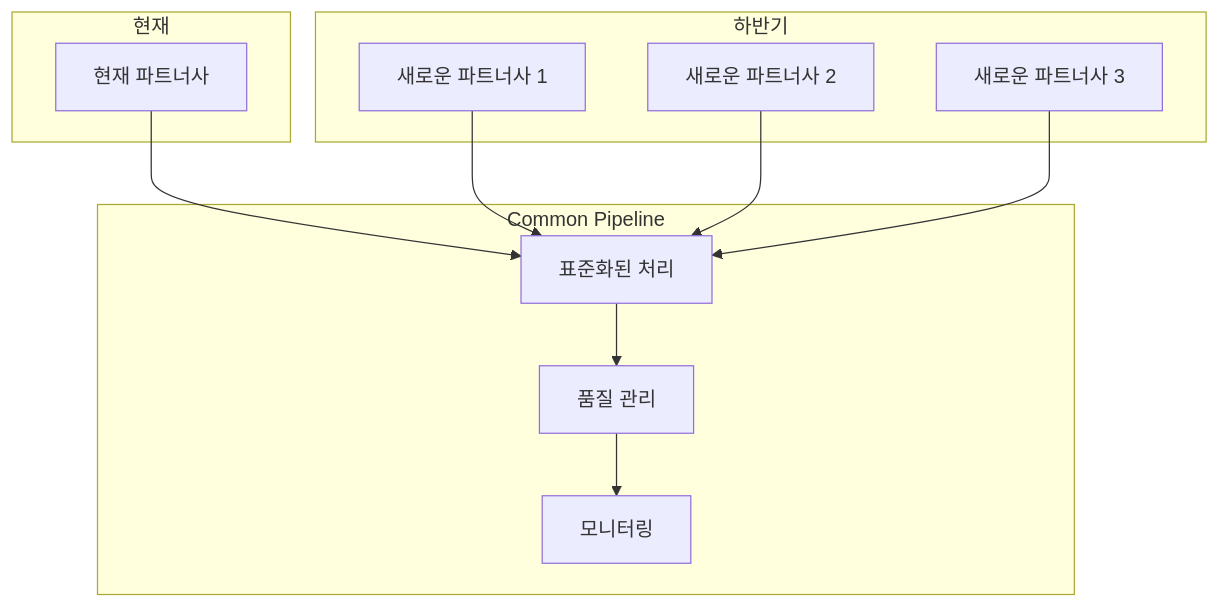
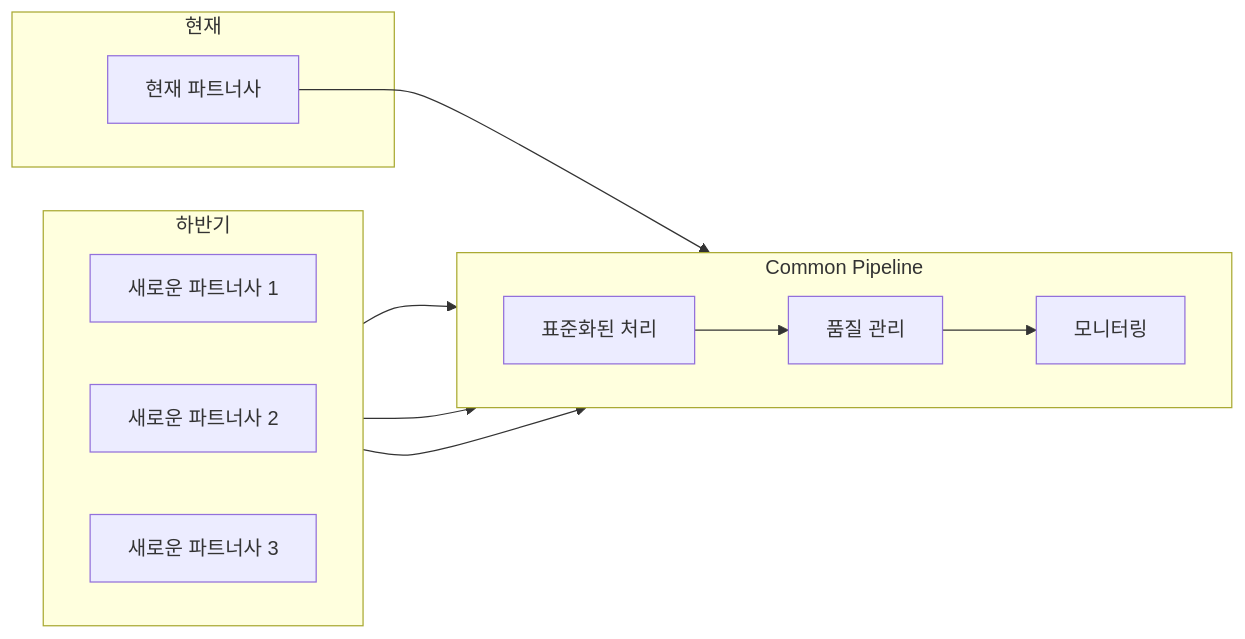
Before and after one commit to yeokyeong-yoon/yeokyeong-yoon.github.io: the third of 5 diagrams in _posts/2025-03-18-etl-pipeline.md, drawn with Mermaid. The commit also changed other lines of this file, not shown here.

Commit message:
fix graph design

````diff
--- a/_posts/2025-03-18-etl-pipeline.md
+++ b/_posts/2025-03-18-etl-pipeline.md
@@ -64,26 +68,28 @@
 ```mermaid
-graph TD
+graph LR
     subgraph "현재"
         Current[현재 파트너사]
     end
     
     subgraph "하반기"
+        direction LR
         New1[새로운 파트너사 1]
         New2[새로운 파트너사 2]
         New3[새로운 파트너사 3]
     end
     
     subgraph "Common Pipeline"
+        direction LR
         Standard[표준화된 처리]
         Quality[품질 관리]
         Monitor[모니터링]
     end
     
     Current --> Standard
     New1 --> Standard
     New2 --> Standard
     New3 --> Standard
     
     Standard --> Quality
     Quality --> Monitor
 ```
````
